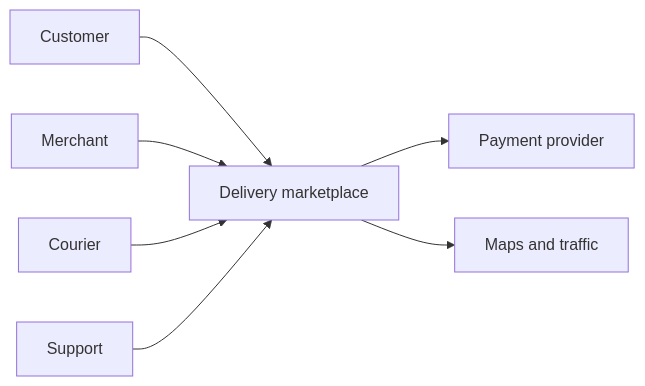
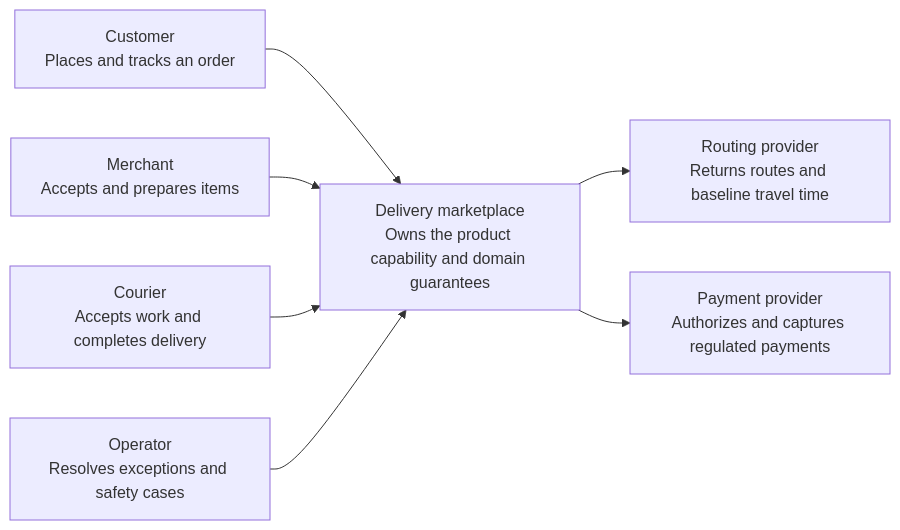
One commit to navaidya/learning changed the first of 5 diagrams in content/system-design/07-ai-native-delivery-marketplace.md. Above: the diagram before and after it, drawn with Mermaid. The commit also changed other lines of this file and 49 other files, not shown here.

````diff
--- a/content/system-design/07-ai-native-delivery-marketplace.md
+++ b/content/system-design/07-ai-native-delivery-marketplace.md
@@ -34,11 +53,12 @@
 ```mermaid
 flowchart LR
   accTitle: Delivery marketplace system context
-  accDescr: Customers, merchants, couriers, and support coordinate delivery through payment and mapping providers.
-  Customer --> Market[Delivery marketplace]
-  Merchant --> Market
-  Courier --> Market
-  Support --> Market
-  Market --> PSP[Payment provider]
-  Market --> Maps[Maps and traffic]
+  accDescr: Human and system actors use Delivery marketplace, which integrates with explicitly bounded external capabilities.
+  A1["Customer<br/>Places and tracks an order"] --> System
+  A2["Merchant<br/>Accepts and prepares items"] --> System
+  A3["Courier<br/>Accepts work and completes delivery"] --> System
+  A4["Operator<br/>Resolves exceptions and safety cases"] --> System
+  System["Delivery marketplace<br/>Owns the product capability and domain guarantees"]
+  System --> E1["Routing provider<br/>Returns routes and baseline travel time"]
+  System --> E2["Payment provider<br/>Authorizes and captures regulated payments"]
 ```
````
